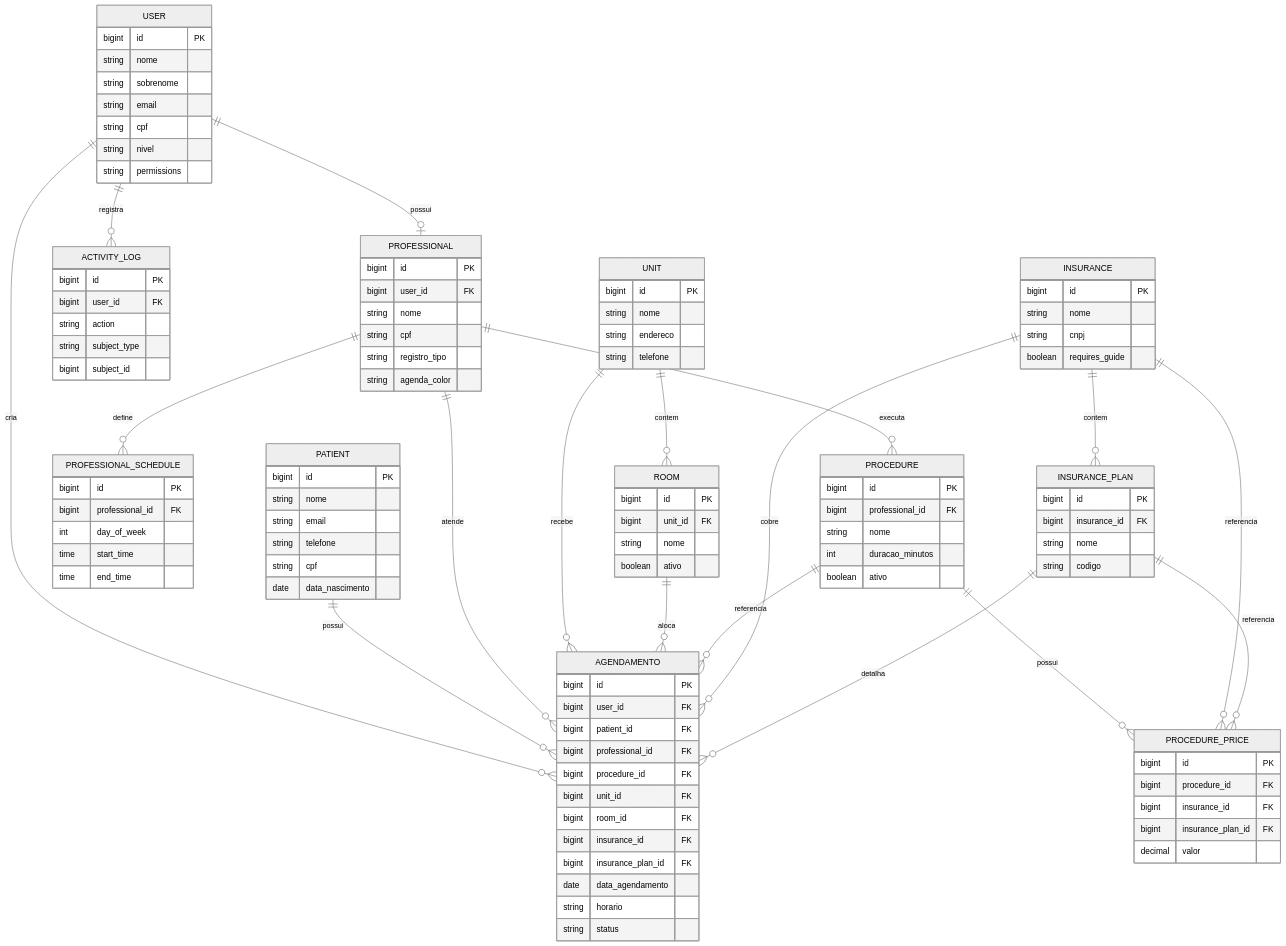
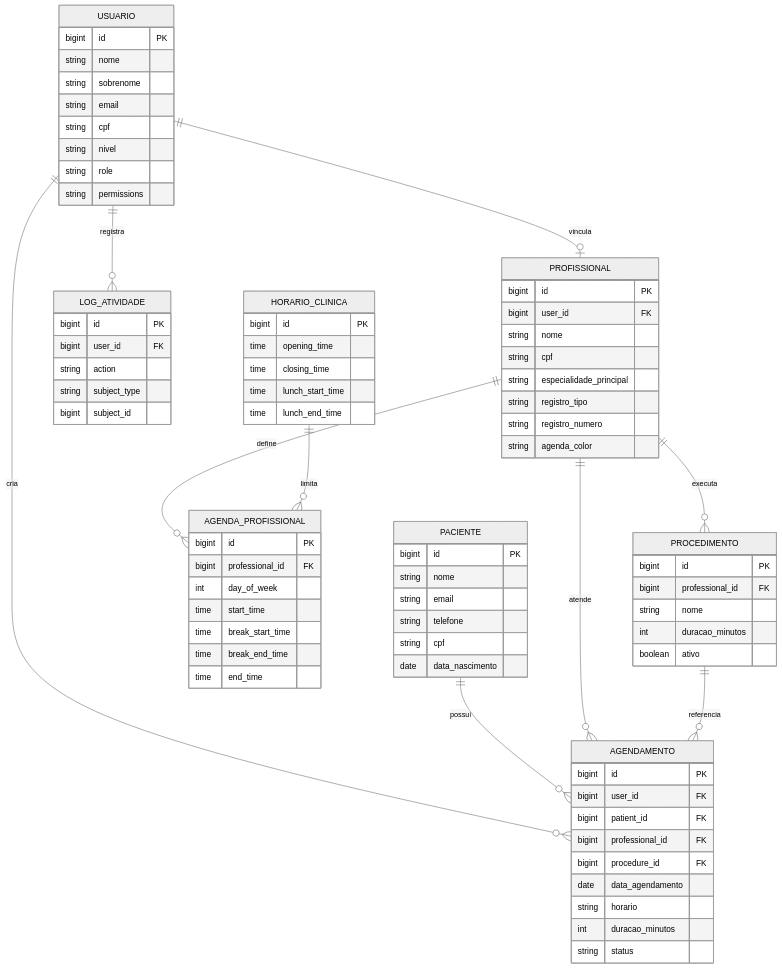
One commit to Thiagoferreira2002/SISTEMA-DE-AGENDAMENTO-WEB changed the third of 4 diagrams in docs/requisitos-e-diagramas.md. Above: the diagram before and after it, drawn with Mermaid (neutral theme). The commit also changed other lines of this file and 61 other files, not shown here.

````diff
--- a/docs/requisitos-e-diagramas.md
+++ b/docs/requisitos-e-diagramas.md
@@ -103,34 +206,27 @@
 ```mermaid
 erDiagram
-    USER ||--o{ AGENDAMENTO : cria
-    USER ||--o| PROFESSIONAL : possui
-    USER ||--o{ ACTIVITY_LOG : registra
-    PATIENT ||--o{ AGENDAMENTO : possui
-    PROFESSIONAL ||--o{ AGENDAMENTO : atende
-    PROFESSIONAL ||--o{ PROFESSIONAL_SCHEDULE : define
-    PROFESSIONAL ||--o{ PROCEDURE : executa
-    PROCEDURE ||--o{ PROCEDURE_PRICE : possui
-    INSURANCE ||--o{ INSURANCE_PLAN : contem
-    INSURANCE ||--o{ PROCEDURE_PRICE : referencia
-    INSURANCE_PLAN ||--o{ PROCEDURE_PRICE : referencia
-    UNIT ||--o{ ROOM : contem
-    UNIT ||--o{ AGENDAMENTO : recebe
-    ROOM ||--o{ AGENDAMENTO : aloca
-    PROCEDURE ||--o{ AGENDAMENTO : referencia
-    INSURANCE ||--o{ AGENDAMENTO : cobre
-    INSURANCE_PLAN ||--o{ AGENDAMENTO : detalha
+    USUARIO ||--o{ AGENDAMENTO : cria
+    USUARIO ||--o| PROFISSIONAL : vincula
+    USUARIO ||--o{ LOG_ATIVIDADE : registra
+    PACIENTE ||--o{ AGENDAMENTO : possui
+    PROFISSIONAL ||--o{ AGENDAMENTO : atende
+    PROFISSIONAL ||--o{ AGENDA_PROFISSIONAL : define
+    PROFISSIONAL ||--o{ PROCEDIMENTO : executa
+    PROCEDIMENTO ||--o{ AGENDAMENTO : referencia
+    HORARIO_CLINICA ||--o{ AGENDA_PROFISSIONAL : limita
 
-    USER {
+    USUARIO {
         bigint id PK
         string nome
         string sobrenome
         string email
         string cpf
         string nivel
+        string role
         string permissions
     }
 
-    PATIENT {
+    PACIENTE {
         bigint id PK
         string nome
         string email
@@ -139,24 +235,28 @@
         date data_nascimento
     }
 
-    PROFESSIONAL {
+    PROFISSIONAL {
         bigint id PK
         bigint user_id FK
         string nome
         string cpf
+        string especialidade_principal
         string registro_tipo
+        string registro_numero
         string agenda_color
     }
 
-    PROFESSIONAL_SCHEDULE {
+    AGENDA_PROFISSIONAL {
         bigint id PK
         bigint professional_id FK
         int day_of_week
         time start_time
+        time break_start_time
+        time break_end_time
         time end_time
     }
 
-    PROCEDURE {
+    PROCEDIMENTO {
         bigint id PK
         bigint professional_id FK
         string nome
@@ -164,40 +264,12 @@
         boolean ativo
     }
 
-    PROCEDURE_PRICE {
+    HORARIO_CLINICA {
         bigint id PK
-        bigint procedure_id FK
-        bigint insurance_id FK
-        bigint insurance_plan_id FK
-        decimal valor
-    }
-
-    INSURANCE {
-        bigint id PK
-        string nome
-        string cnpj
-        boolean requires_guide
-    }
-
-    INSURANCE_PLAN {
-        bigint id PK
-        bigint insurance_id FK
-        string nome
-        string codigo
-    }
-
-    UNIT {
-        bigint id PK
-        string nome
-        string endereco
-        string telefone
-    }
-
-    ROOM {
-        bigint id PK
-        bigint unit_id FK
-        string nome
-        boolean ativo
+        time opening_time
+        time closing_time
+        time lunch_start_time
+        time lunch_end_time
     }
 
     AGENDAMENTO {
@@ -206,16 +278,13 @@
         bigint patient_id FK
         bigint professional_id FK
         bigint procedure_id FK
-        bigint unit_id FK
-        bigint room_id FK
-        bigint insurance_id FK
-        bigint insurance_plan_id FK
         date data_agendamento
         string horario
+        int duracao_minutos
         string status
     }
 
-    ACTIVITY_LOG {
+    LOG_ATIVIDADE {
         bigint id PK
         bigint user_id FK
         string action
````
